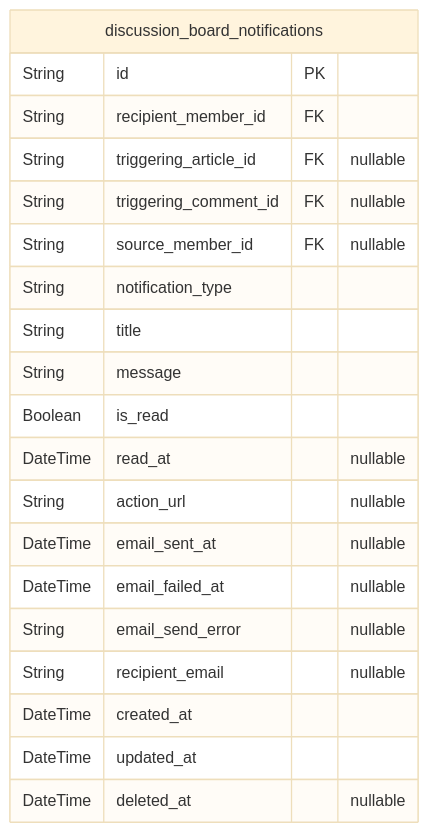
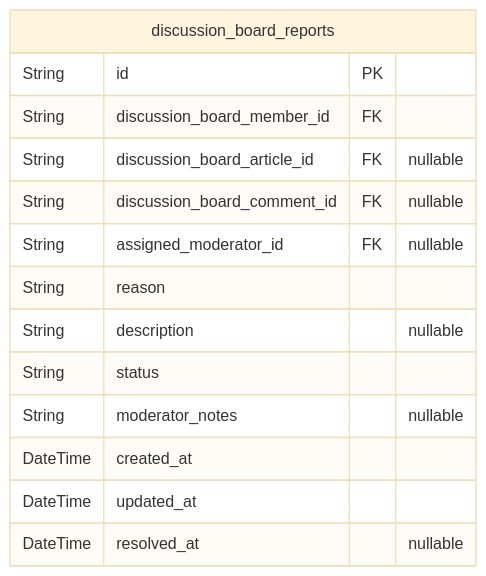
Before and after one commit to wrtnlabs/autobe-examples: the seventh of 7 diagrams in anthropic/claude-haiku-4.5/bbs/docs/ERD.md, drawn with Mermaid (base theme). The commit also changed other lines of this file and 22498 other files, not shown here.

````diff
--- a/anthropic/claude-haiku-4.5/bbs/docs/ERD.md
+++ b/anthropic/claude-haiku-4.5/bbs/docs/ERD.md
@@ -643,23 +981,17 @@
 ```mermaid
 erDiagram
-"discussion_board_notifications" {
+"discussion_board_reports" {
   String id PK
-  String recipient_member_id FK
-  String triggering_article_id FK "nullable"
-  String triggering_comment_id FK "nullable"
-  String source_member_id FK "nullable"
-  String notification_type
-  String title
-  String message
-  Boolean is_read
-  DateTime read_at "nullable"
-  String action_url "nullable"
-  DateTime email_sent_at "nullable"
-  DateTime email_failed_at "nullable"
-  String email_send_error "nullable"
-  String recipient_email "nullable"
+  String discussion_board_member_id FK
+  String discussion_board_article_id FK "nullable"
+  String discussion_board_comment_id FK "nullable"
+  String assigned_moderator_id FK "nullable"
+  String reason
+  String description "nullable"
+  String status
+  String moderator_notes "nullable"
   DateTime created_at
   DateTime updated_at
-  DateTime deleted_at "nullable"
+  DateTime resolved_at "nullable"
 }
 ```
````
